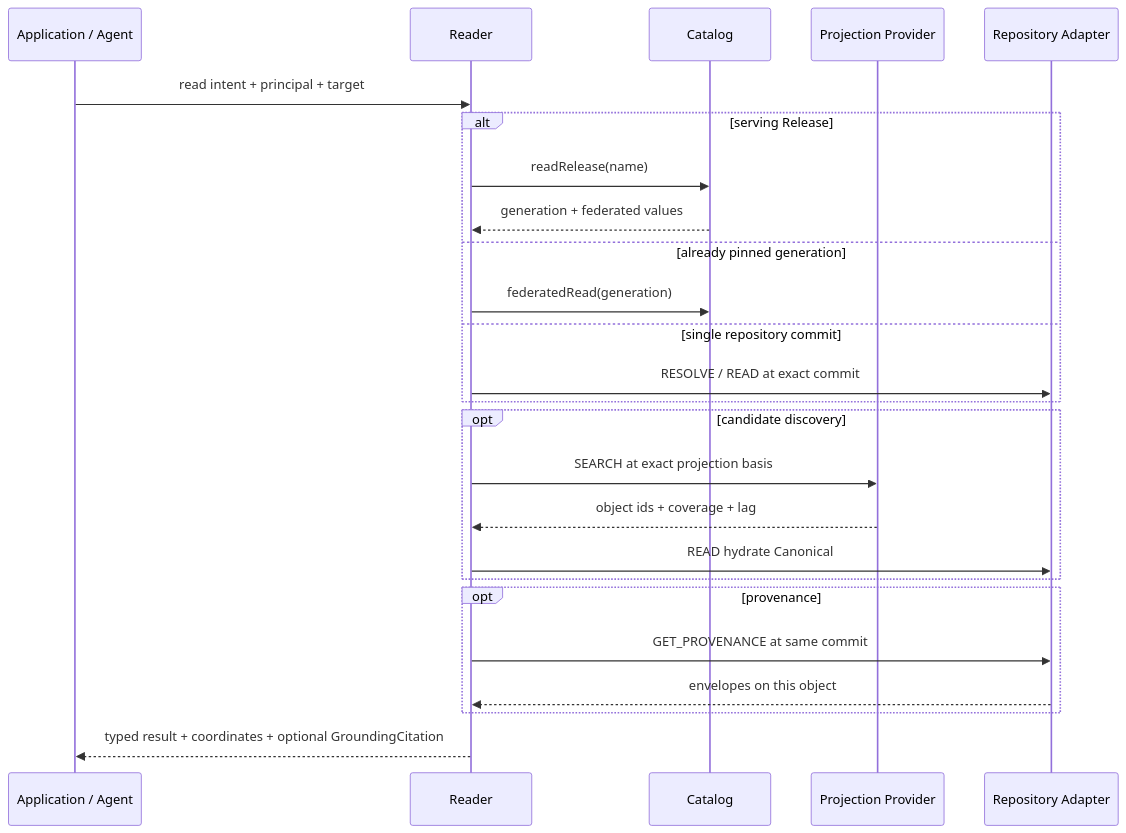
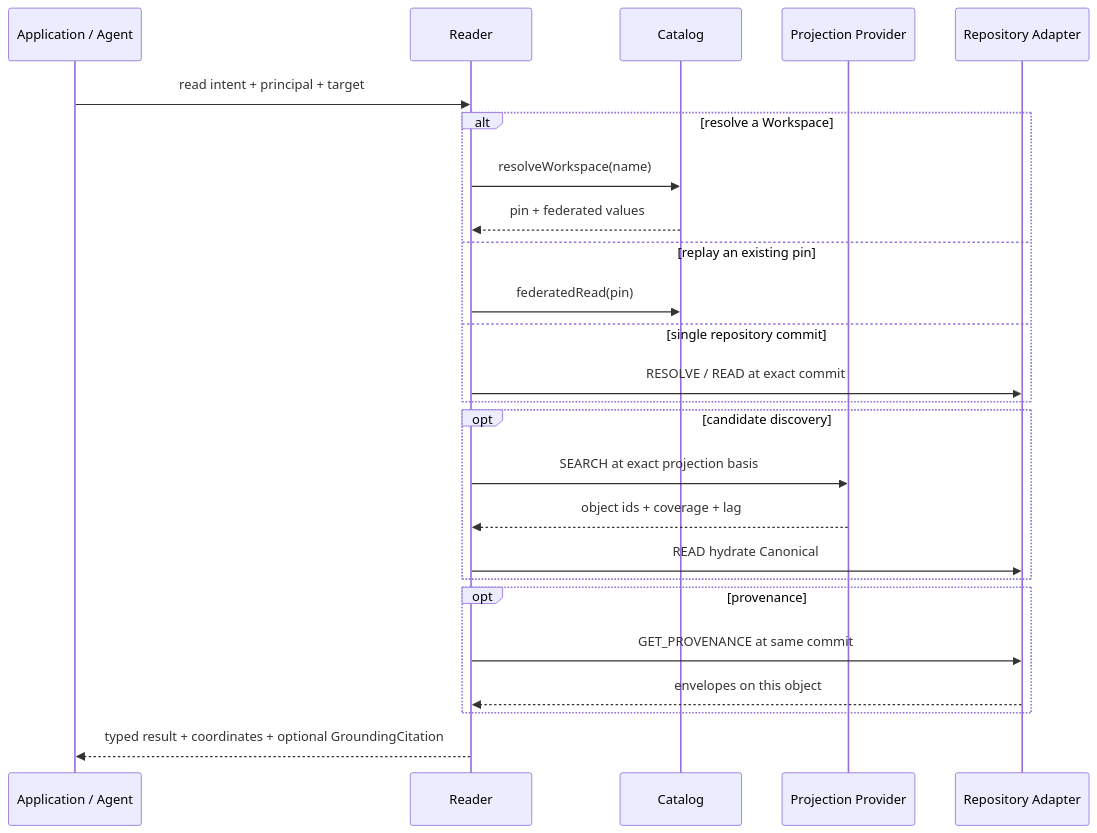
One commit to AlexKaiqi/knowledge-catalog changed diagram 13 of 17 in docs/KNOWLEDGE_CATALOG_DESIGN.md. Above: the diagram before and after it, drawn with Mermaid. The commit also changed other lines of this file and 183 other files, not shown here.

Commit message:
Implement Workspace composition and serving

````diff
--- a/docs/KNOWLEDGE_CATALOG_DESIGN.md
+++ b/docs/KNOWLEDGE_CATALOG_DESIGN.md
@@ -1046,29 +1039,29 @@
 ```mermaid
 %% diagram:access-to-grounding
 sequenceDiagram
   participant A as Application / Agent
   participant X as Reader
   participant C as Catalog
   participant P as Projection Provider
   participant R as Repository Adapter
 
   A->>X: read intent + principal + target
-  alt serving Release
-    X->>C: readRelease(name)
-    C-->>X: generation + federated values
-  else already pinned generation
-    X->>C: federatedRead(generation)
+  alt resolve a Workspace
+    X->>C: resolveWorkspace(name)
+    C-->>X: pin + federated values
+  else replay an existing pin
+    X->>C: federatedRead(pin)
   else single repository commit
     X->>R: RESOLVE / READ at exact commit
   end
   opt candidate discovery
     X->>P: SEARCH at exact projection basis
     P-->>X: object ids + coverage + lag
     X->>R: READ hydrate Canonical
   end
   opt provenance
     X->>R: GET_PROVENANCE at same commit
     R-->>X: envelopes on this object
   end
   X-->>A: typed result + coordinates + optional GroundingCitation
 ```
````
